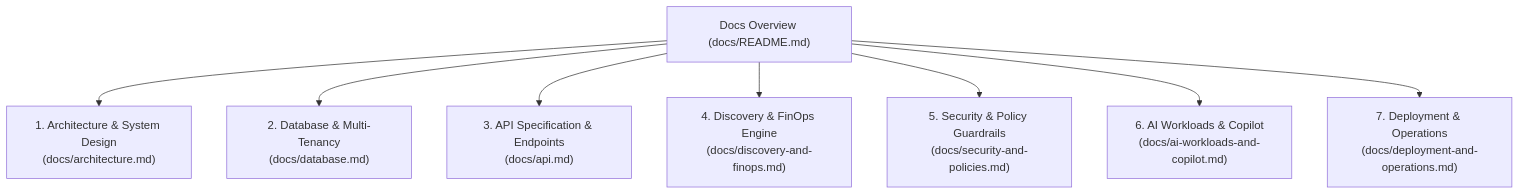
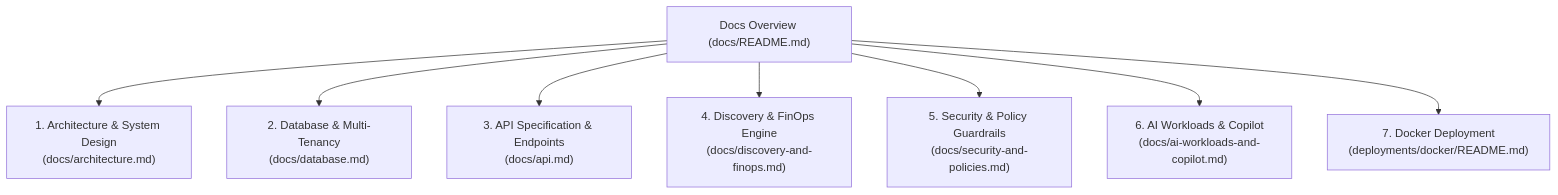
The diagram in docs/README.md (ShreedharSuragond/CloudPilot), drawn with Mermaid before and after one commit. The commit also changed other lines of this file and 8 other files, not shown here.

Commit message:
feat: Update documentation and configuration for Docker deployment, API, and local development setup

````diff
--- a/docs/README.md
+++ b/docs/README.md
@@ -11,13 +11,13 @@
 ```mermaid
 flowchart TD
     Index["Docs Overview (docs/README.md)"]
     Arch["1. Architecture & System Design<br/>(docs/architecture.md)"]
     DB["2. Database & Multi-Tenancy<br/>(docs/database.md)"]
     API["3. API Specification & Endpoints<br/>(docs/api.md)"]
     FinOps["4. Discovery & FinOps Engine<br/>(docs/discovery-and-finops.md)"]
     Sec["5. Security & Policy Guardrails<br/>(docs/security-and-policies.md)"]
     AI["6. AI Workloads & Copilot<br/>(docs/ai-workloads-and-copilot.md)"]
-    Ops["7. Deployment & Operations<br/>(docs/deployment-and-operations.md)"]
+    Docker["7. Docker Deployment<br/>(deployments/docker/README.md)"]
 
-    Index --> Arch & DB & API & FinOps & Sec & AI & Ops
+    Index --> Arch & DB & API & FinOps & Sec & AI & Docker
 ```
````
